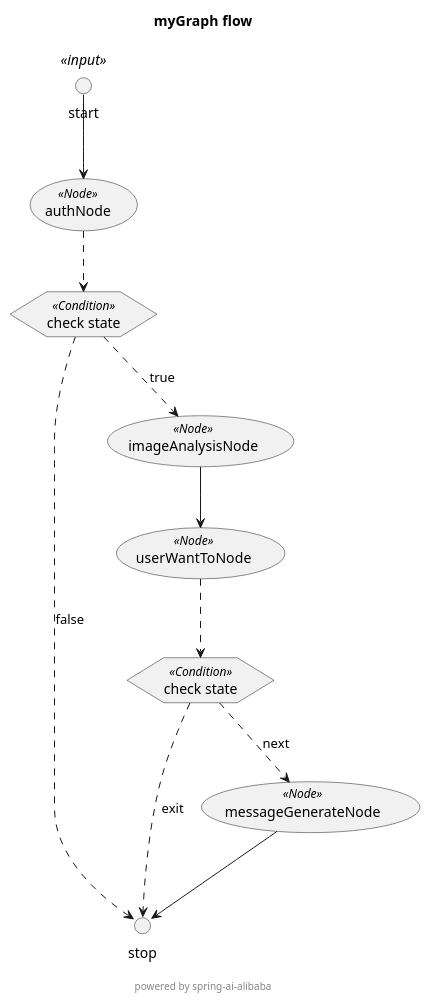
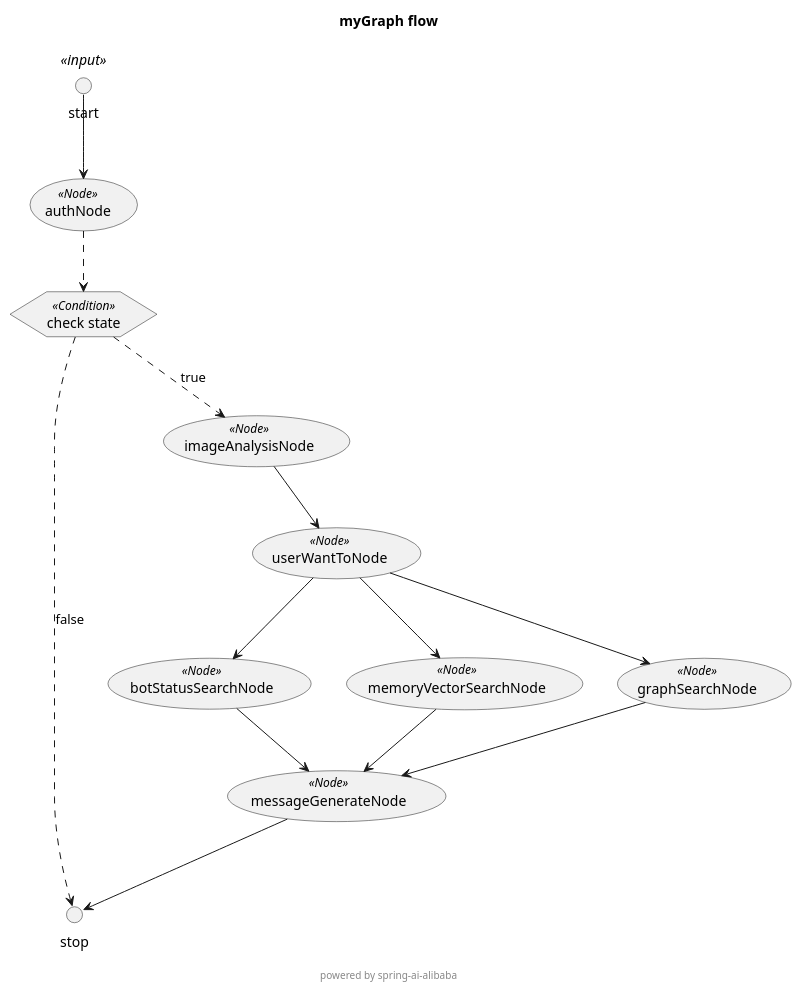
Before and after one commit to Huhanzhao/ehuman: the diagram in ai-bot-service/src/main/resources/puml/MainGraph.puml, drawn with PlantUML. The commit also changed 11 other files, not shown here.

```diff
--- a/ai-bot-service/src/main/resources/puml/MainGraph.puml
+++ b/ai-bot-service/src/main/resources/puml/MainGraph.puml
@@ -1,32 +1,35 @@
 @startuml myGraph_flow
 skinparam usecaseFontSize 14
 skinparam usecaseStereotypeFontSize 12
 skinparam hexagonFontSize 14
 skinparam hexagonStereotypeFontSize 12
 title "myGraph flow"
 footer
 
 powered by spring-ai-alibaba
 end footer
 circle start<<input>> as __START__
 circle stop as __END__
 usecase "authNode"<<Node>>
 usecase "imageAnalysisNode"<<Node>>
 usecase "userWantToNode"<<Node>>
 usecase "messageGenerateNode"<<Node>>
+usecase "botStatusSearchNode"<<Node>>
+usecase "memoryVectorSearchNode"<<Node>>
+usecase "graphSearchNode"<<Node>>
 hexagon "check state" as condition1<<Condition>>
-hexagon "check state" as condition2<<Condition>>
 "__START__" -down-> "authNode"
 "authNode" .down.> "condition1"
 "condition1" .down.> "__END__": "false"
 '"authNode" .down.> "__END__": "false"
 "condition1" .down.> "imageAnalysisNode": "true"
 '"authNode" .down.> "imageAnalysisNode": "true"
 "imageAnalysisNode" -down-> "userWantToNode"
-"userWantToNode" .down.> "condition2"
-"condition2" .down.> "messageGenerateNode": "next"
-'"userWantToNode" .down.> "messageGenerateNode": "next"
-"condition2" .down.> "__END__": "exit"
-'"userWantToNode" .down.> "__END__": "exit"
+"userWantToNode" -down-> "botStatusSearchNode"
+"userWantToNode" -down-> "memoryVectorSearchNode"
+"userWantToNode" -down-> "graphSearchNode"
+"botStatusSearchNode" -down-> "messageGenerateNode"
+"memoryVectorSearchNode" -down-> "messageGenerateNode"
+"graphSearchNode" -down-> "messageGenerateNode"
 "messageGenerateNode" -down-> "__END__"
 @enduml
```
